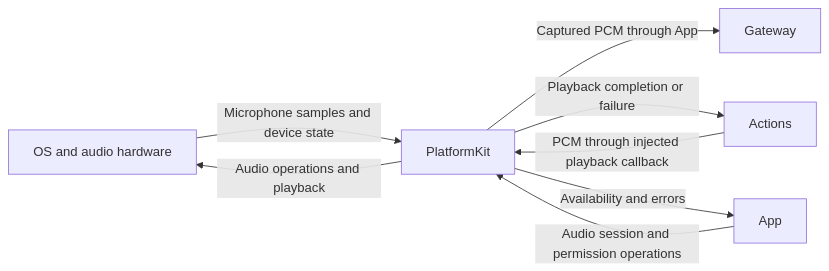
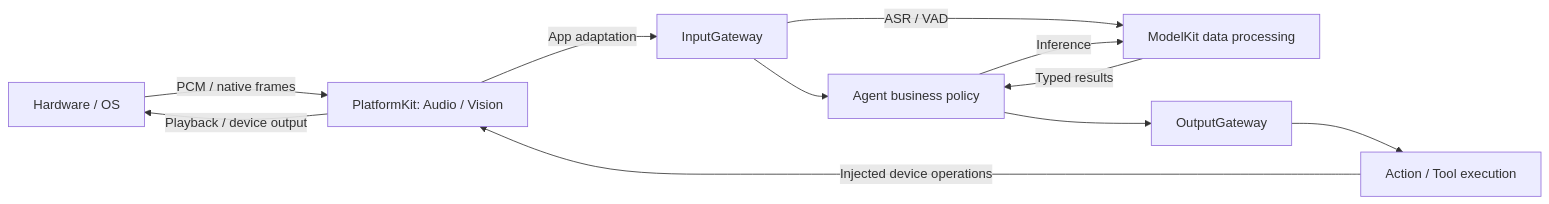
One commit to devilyouwei/MobileHarness changed the diagram in MobileHarness/PlatformKit/README.md. Above: the diagram before and after it, drawn with Mermaid. The commit also changed other lines of this file and 76 other files, not shown here.

````diff
--- a/MobileHarness/PlatformKit/README.md
+++ b/MobileHarness/PlatformKit/README.md
@@ -9,10 +22,13 @@
 ```mermaid
 flowchart LR
-    Hardware[OS and audio hardware] -->|Microphone samples and device state| PlatformKit
-    PlatformKit -->|Audio operations and playback| Hardware
-    PlatformKit -->|Captured PCM through App| Gateway
-    Actions -->|PCM through injected playback callback| PlatformKit
-    PlatformKit -->|Playback completion or failure| Actions
-    App -->|Audio session and permission operations| PlatformKit
-    PlatformKit -->|Availability and errors| App
+    Hardware[Hardware / OS] -->|PCM / native frames| Platform[PlatformKit: Audio / Vision]
+    Platform -->|App adaptation| Input[InputGateway]
+    Input --> Agent[Agent business policy]
+    Input -->|ASR / VAD| Model[ModelKit data processing]
+    Agent -->|Inference| Model
+    Model -->|Typed results| Agent
+    Agent --> Output[OutputGateway]
+    Output --> Runtime[Action / Tool execution]
+    Runtime -->|Injected device operations| Platform
+    Platform -->|Playback / device output| Hardware
 ```
````
